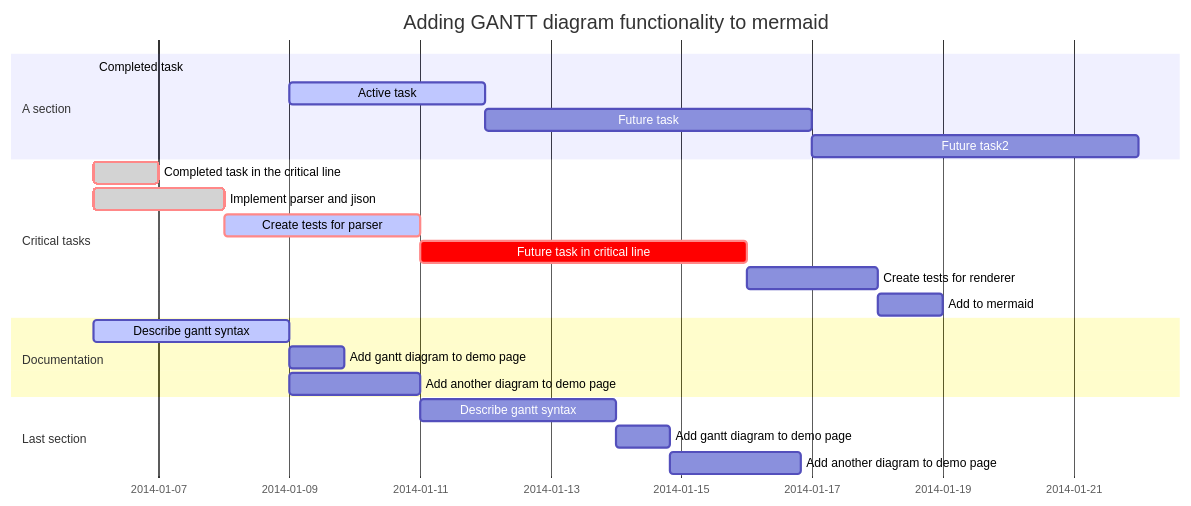
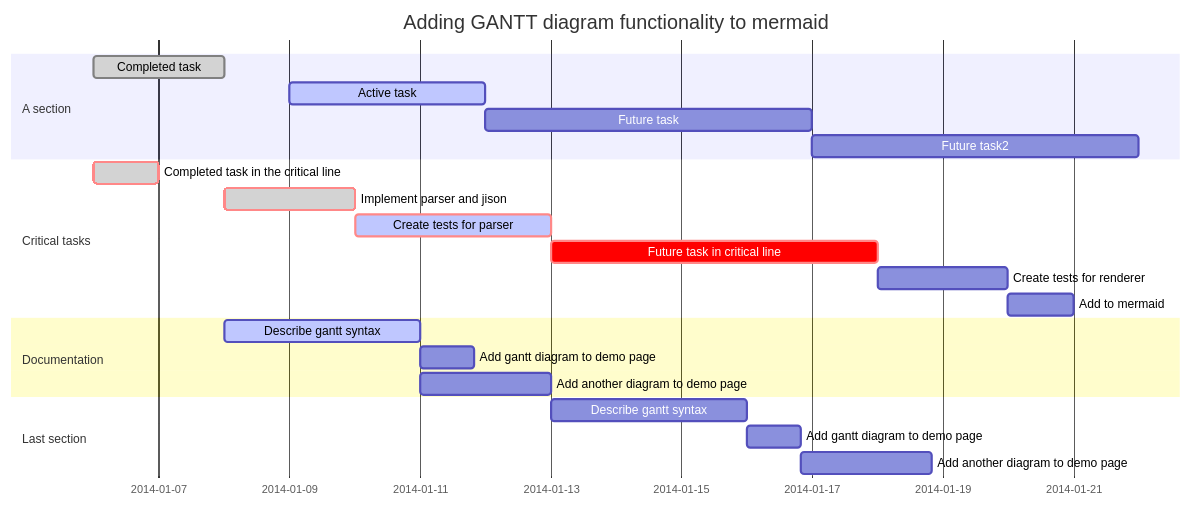
The ninth of 13 diagrams in docs/theming.md (mermaid-js/mermaid), drawn with Mermaid before and after one commit. The commit also changed other lines of this file, not shown here.

Commit message:
dateFormat must not have ':'

````diff
--- a/docs/theming.md
+++ b/docs/theming.md
@@ -492,29 +492,29 @@
 ```mermaid
 gantt
-       dateFormat                :YYYY-MM-DD
+       dateFormat                YYYY-MM-DD
        title                     Adding GANTT diagram functionality to mermaid
        excludes                  :excludes the named dates/days from being included in a charted task..
        section A section
        Completed task            :done,    des1, 2014-01-06,2014-01-08
        Active task               :active,  des2, 2014-01-09, 3d
        Future task               :         des3, after des2, 5d
        Future task2              :         des4, after des3, 5d
 
        section Critical tasks
        Completed task in the critical line :crit, done, 2014-01-06,24h
        Implement parser and jison          :crit, done, after des1, 2d
        Create tests for parser             :crit, active, 3d
        Future task in critical line        :crit, 5d
        Create tests for renderer           :2d
        Add to mermaid                      :1d
 
        section Documentation
        Describe gantt syntax               :active, a1, after des1, 3d
        Add gantt diagram to demo page      :after a1  , 20h
        Add another diagram to demo page    :doc1, after a1  , 48h
 
        section Last section
        Describe gantt syntax               :after doc1, 3d
        Add gantt diagram to demo page      :20h
        Add another diagram to demo page    :48h
 ```
````
